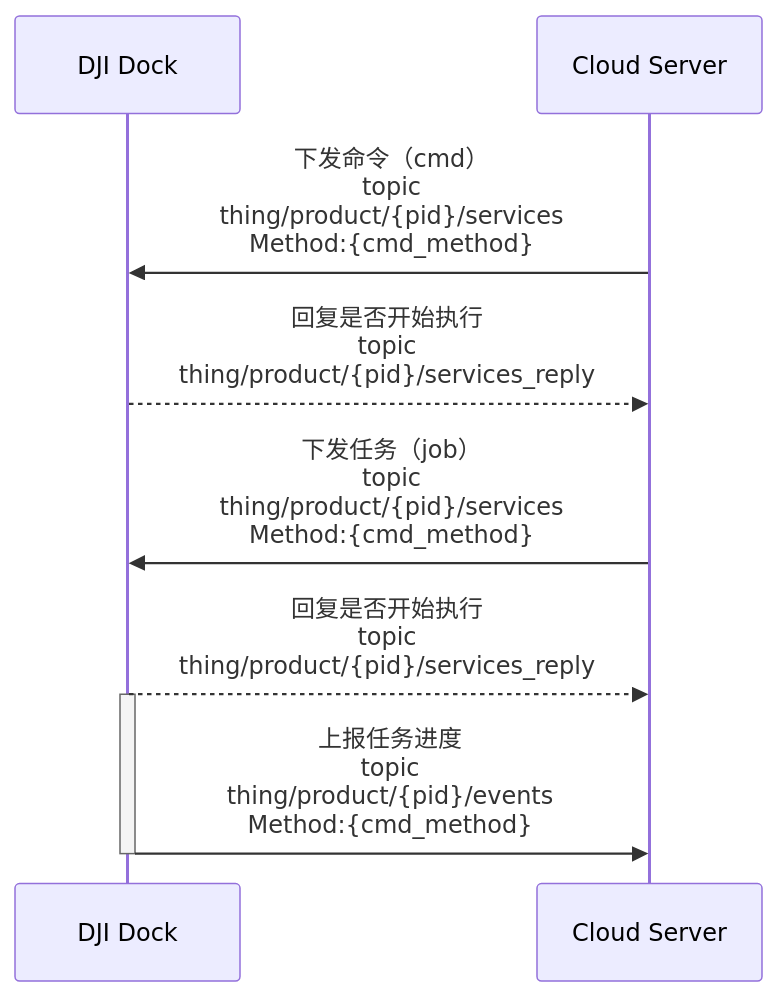
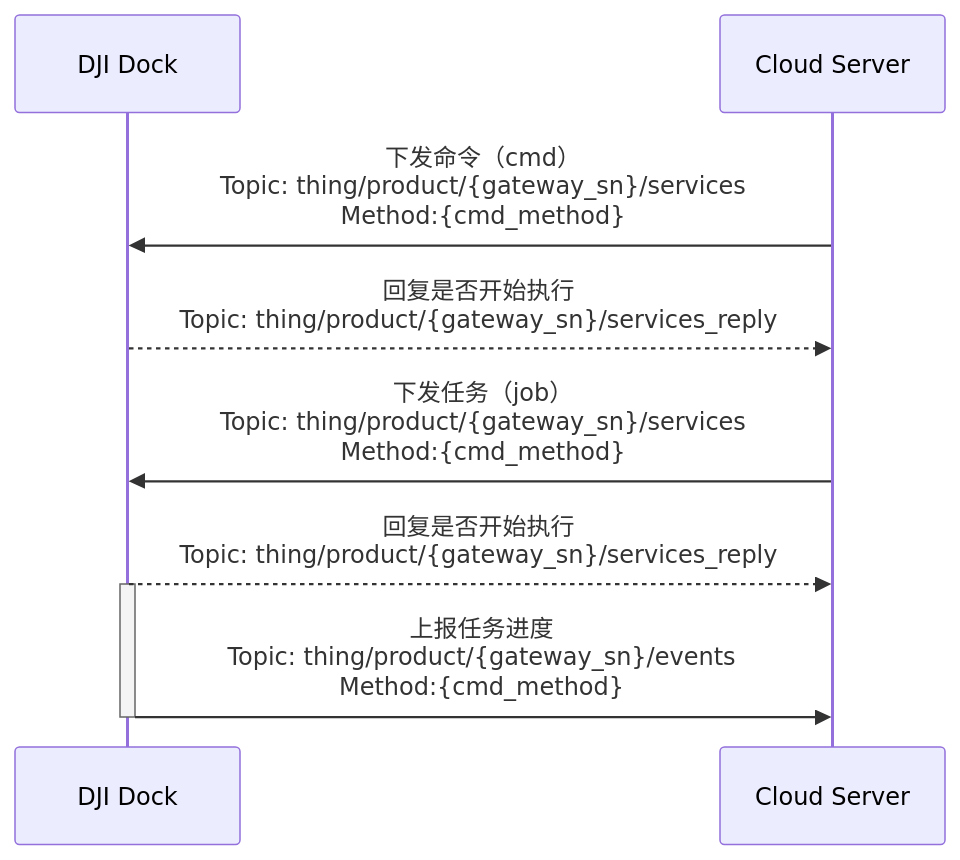
Before and after one commit to dji-sdk/Cloud-API-Doc: the diagram in docs/cn/30.feature-set/20.dock-feature-set/70.remote-debug.md, drawn with Mermaid. The commit also changed other lines of this file and 72 other files, not shown here.

````diff
--- a/docs/cn/30.feature-set/20.dock-feature-set/70.remote-debug.md
+++ b/docs/cn/30.feature-set/20.dock-feature-set/70.remote-debug.md
@@ -36,21 +32,21 @@
 ```mermaid
 sequenceDiagram
 
 participant client as DJI Dock
 participant app_server as Cloud Server
 
-app_server ->> client : 下发命令（cmd）<br/>topic<br/> thing/product/{pid}/services<br/>Method:{cmd_method}
-client -->> app_server : 回复是否开始执行<br/>topic<br/>thing/product/{pid}/services_reply
+app_server ->> client : 下发命令（cmd）<br/>Topic: thing/product/{gateway_sn}/services<br/>Method:{cmd_method}
+client -->> app_server : 回复是否开始执行<br/>Topic: thing/product/{gateway_sn}/services_reply
 
-app_server ->> client : 下发任务（job）<br/>topic<br/> thing/product/{pid}/services<br/>Method:{cmd_method}
-client -->> app_server  : 回复是否开始执行<br/>topic<br/>thing/product/{pid}/services_reply
+app_server ->> client : 下发任务（job）<br/>Topic: thing/product/{gateway_sn}/services<br/>Method:{cmd_method}
+client -->> app_server  : 回复是否开始执行<br/>Topic: thing/product/{gateway_sn}/services_reply
 
 
 
 activate client
 
-client ->> app_server : 上报任务进度<br/>topic<br/>thing/product/{pid}/events<br/>Method:{cmd_method}
+client ->> app_server : 上报任务进度<br/>Topic: thing/product/{gateway_sn}/events<br/>Method:{cmd_method}
 
 deactivate client
 
 ```
````
